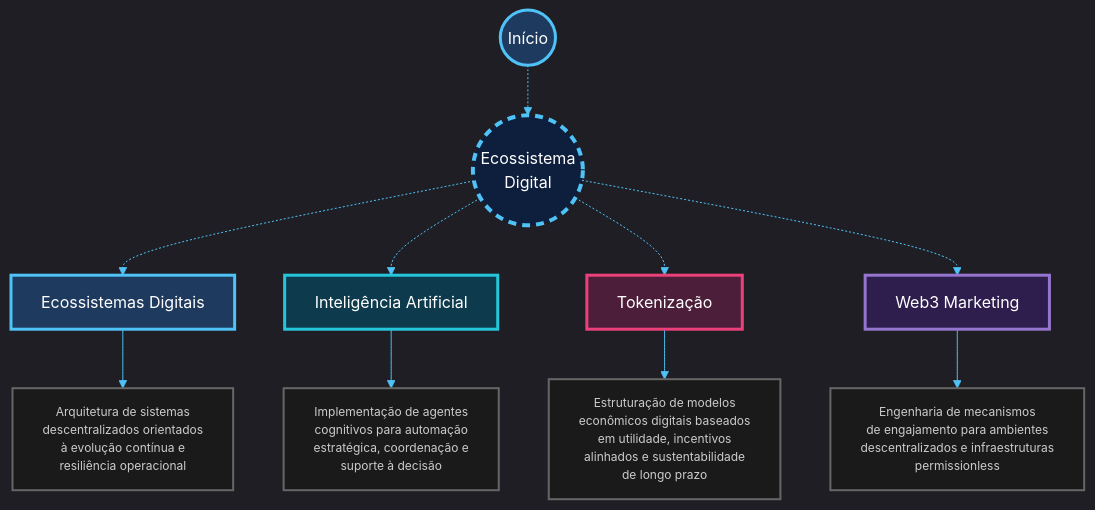
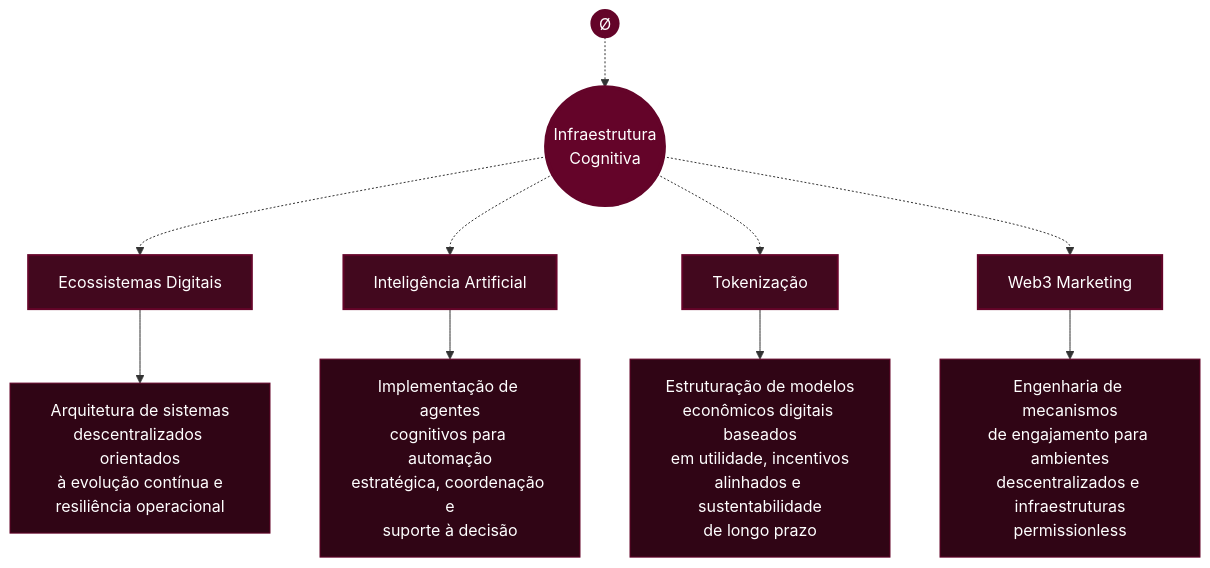
One commit to neomello/neomello changed the second of 2 diagrams in README.md. Above: the diagram before and after it, drawn with Mermaid. The commit also changed other lines of this file, not shown here.

``````diff
--- a/README.md
+++ b/README.md
@@ -118,46 +84,44 @@
-```mermaid
-%%{init: {'theme':'dark', 'themeVariables': { 'primaryColor':'#1a3a5f','primaryTextColor':'#fff','primaryBorderColor':'#4FC3F7','lineColor':'#4FC3F7','secondaryColor':'#26C6DA','tertiaryColor':'#EC407A','noteBkgColor':'#1a1a1a','noteTextColor':'#fff','noteBorderColor':'#9575CD'}}}%%
-
+`````mermaid
 flowchart TB
-    Start((Início))
-    Core((Ecossistema<br/>Digital))
+    Start((Ø))
+    Core((Infraestrutura<br/>Cognitiva))
     
     Eco[Ecossistemas Digitais]
     EcoDesc[Arquitetura de sistemas<br/>descentralizados orientados<br/>à evolução contínua e<br/>resiliência operacional]
     
     IA[Inteligência Artificial]
     IADesc[Implementação de agentes<br/>cognitivos para automação<br/>estratégica, coordenação e<br/>suporte à decisão]
     
     Token[Tokenização]
     TokenDesc[Estruturação de modelos<br/>econômicos digitais baseados<br/>em utilidade, incentivos<br/>alinhados e sustentabilidade<br/>de longo prazo]
     
     Web3[Web3 Marketing]
     Web3Desc[Engenharia de mecanismos<br/>de engajamento para ambientes<br/>descentralizados e infraestruturas<br/>permissionless]
     
     Start -.-> Core
     
     Core -.-> Eco
     Core -.-> IA
     Core -.-> Token
     Core -.-> Web3
     
     Eco --> EcoDesc
     IA --> IADesc
     Token --> TokenDesc
     Web3 --> Web3Desc
+
+    %% Monocromia NEØ
+    style Start fill:#640429,stroke:#640429,stroke-width:2px,color:#fff
+    style Core fill:#640429,stroke:#640429,stroke-width:4px,color:#fff
     
-    classDef blueNode fill:#1E3A5F,stroke:#4FC3F7,stroke-width:3px,color:#fff
-    classDef cyanNode fill:#0D3B4D,stroke:#26C6DA,stroke-width:3px,color:#fff
-    classDef magentaNode fill:#4D1E3A,stroke:#EC407A,stroke-width:3px,color:#fff
-    classDef purpleNode fill:#2D1E4D,stroke:#9575CD,stroke-width:3px,color:#fff
-    classDef coreNode fill:#0D1F3C,stroke:#4FC3F7,stroke-width:4px,color:#fff,stroke-dasharray: 8 6
-    classDef descNode fill:#1a1a1a,stroke:#666,stroke-width:2px,color:#ccc,font-size:12px
+    style Eco fill:#42081e,stroke:#640429,stroke-width:2px,color:#fff
+    style IA fill:#42081e,stroke:#640429,stroke-width:2px,color:#fff
+    style Token fill:#42081e,stroke:#640429,stroke-width:2px,color:#fff
+    style Web3 fill:#42081e,stroke:#640429,stroke-width:2px,color:#fff
     
-    class Start blueNode
-    class Core coreNode
-    class Eco blueNode
-    class IA cyanNode
-    class Token magentaNode
-    class Web3 purpleNode
-    class EcoDesc,IADesc,TokenDesc,Web3Desc descNode
+    %% Descrições com menor peso visual
+    style EcoDesc fill:#300515,stroke:#640429,stroke-width:1px,color:#fff
+    style IADesc fill:#300515,stroke:#640429,stroke-width:1px,color:#fff
+    style TokenDesc fill:#300515,stroke:#640429,stroke-width:1px,color:#fff
+    style Web3Desc fill:#300515,stroke:#640429,stroke-width:1px,color:#fff
 `````
``````
